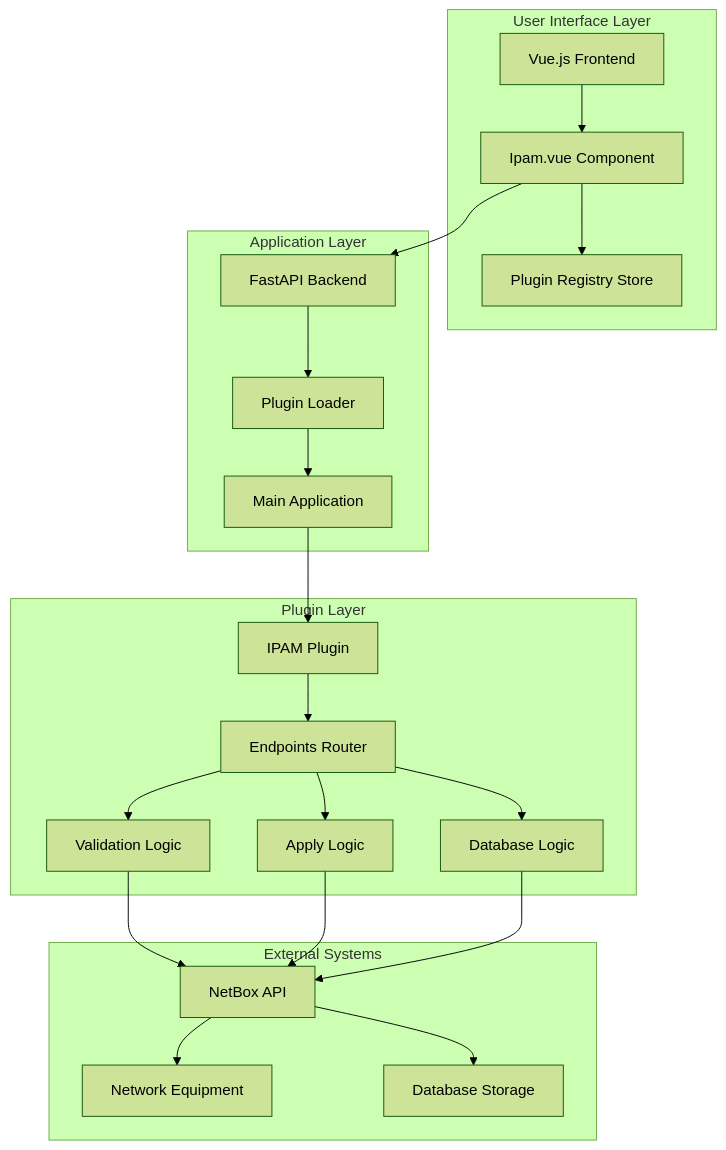
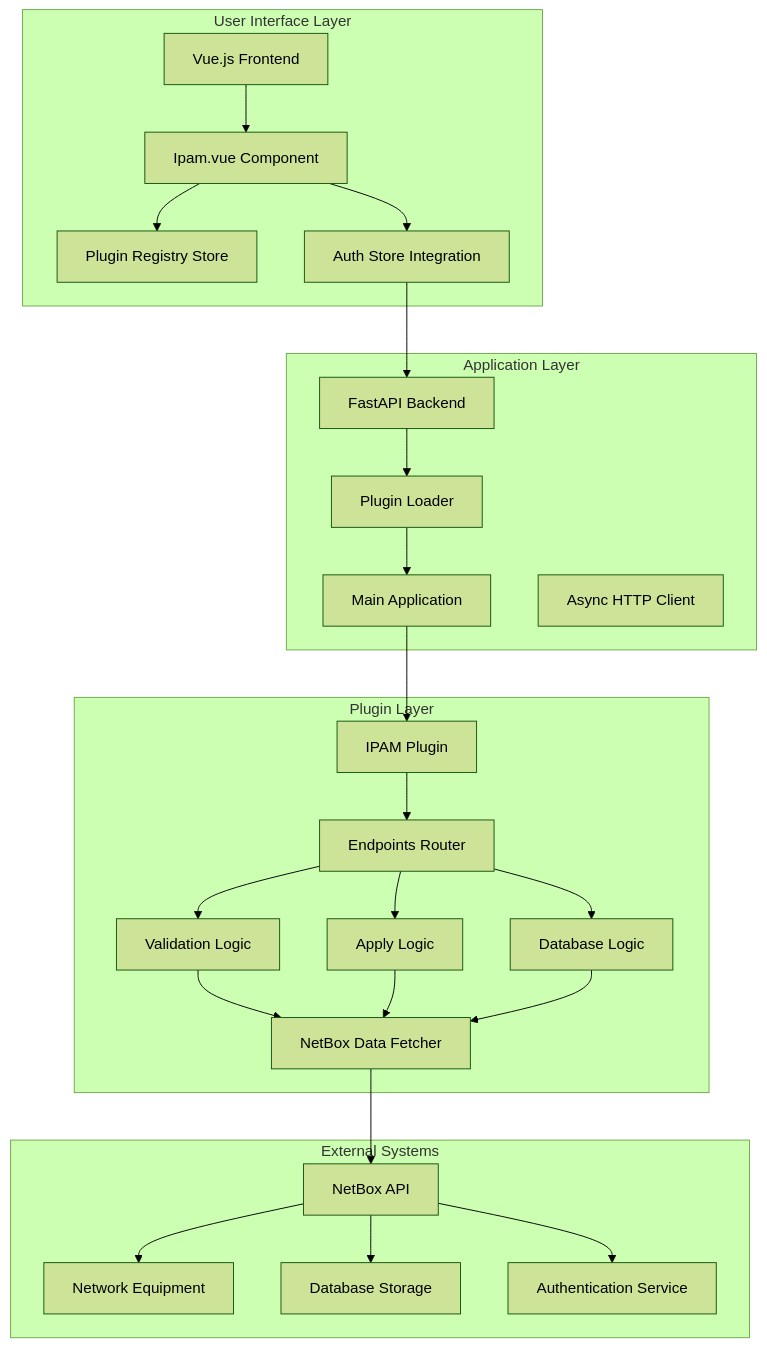
Before and after one commit to Nikita5543/New-SSO-02: the second of 8 diagrams in .qoder/repowiki/en/content/Built-in Plugins/IPAM Plugin.md, drawn with Mermaid (forest theme). The commit also changed other lines of this file and 3 other files, not shown here.

````diff
--- a/.qoder/repowiki/en/content/Built-in Plugins/IPAM Plugin.md
+++ b/.qoder/repowiki/en/content/Built-in Plugins/IPAM Plugin.md
@@ -112,40 +127,47 @@
 ```mermaid
 graph TB
 subgraph "User Interface Layer"
 A[Vue.js Frontend]
 B[Ipam.vue Component]
 C[Plugin Registry Store]
+D[Auth Store Integration]
 end
 subgraph "Application Layer"
-D[FastAPI Backend]
-E[Plugin Loader]
-F[Main Application]
+E[FastAPI Backend]
+F[Plugin Loader]
+G[Main Application]
+H[Async HTTP Client]
 end
 subgraph "Plugin Layer"
-G[IPAM Plugin]
-H[Endpoints Router]
-I[Validation Logic]
-J[Apply Logic]
-K[Database Logic]
+I[IPAM Plugin]
+J[Endpoints Router]
+K[Validation Logic]
+L[Apply Logic]
+M[Database Logic]
+N[NetBox Data Fetcher]
 end
 subgraph "External Systems"
-L[NetBox API]
-M[Network Equipment]
-N[Database Storage]
+O[NetBox API]
+P[Network Equipment]
+Q[Database Storage]
+R[Authentication Service]
 end
 A --> B
 B --> C
 B --> D
 D --> E
 E --> F
 F --> G
-G --> H
-H --> I
-H --> J
-H --> K
-I --> L
+G --> I
+I --> J
+J --> K
 J --> L
-K --> L
-L --> M
+J --> M
+K --> N
 L --> N
+M --> N
+N --> O
+O --> P
+O --> Q
+O --> R
 ```
````
